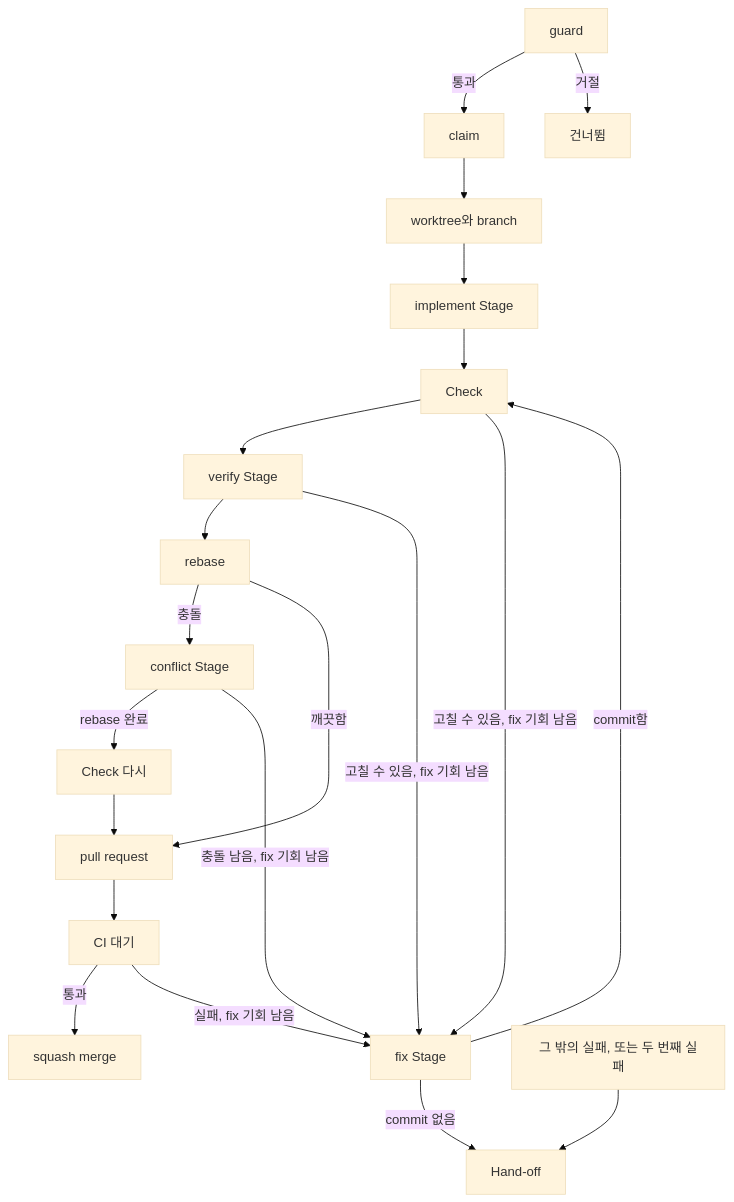
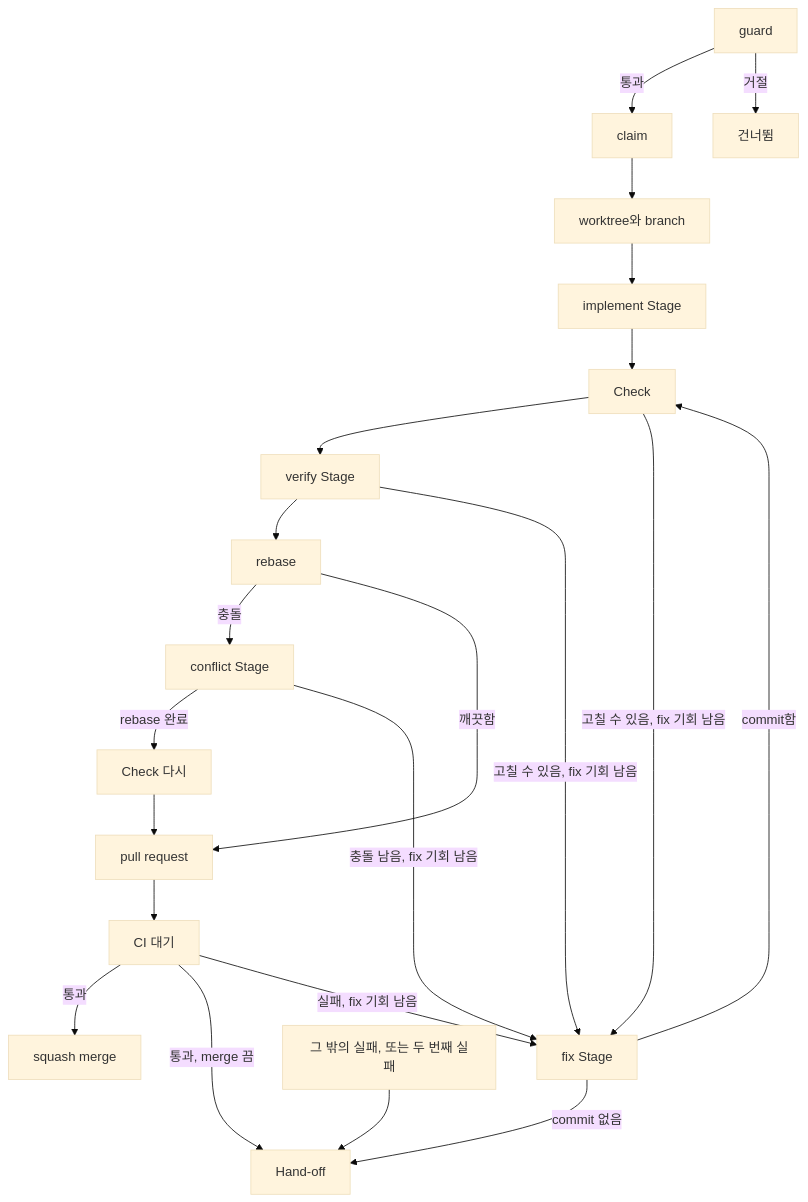
Before and after one commit to jjongs2/ticket-runner: the first of 2 diagrams in wiki/ko/guide/ticket-to-merge.md, drawn with Mermaid (base theme). The commit also changed other lines of this file and 26 other files, not shown here.

````diff
--- a/wiki/ko/guide/ticket-to-merge.md
+++ b/wiki/ko/guide/ticket-to-merge.md
@@ -23,23 +23,24 @@
 ```mermaid
 flowchart TD
     G["guard"] -->|통과| C["claim"]
     G -->|거절| S["건너뜀"]
     C --> W["worktree와 branch"]
     W --> I["implement Stage"]
     I --> K["Check"]
     K --> V["verify Stage"]
     V --> R["rebase"]
     R -->|충돌| X["conflict Stage"]
     X -->|rebase 완료| K2["Check 다시"]
     R -->|깨끗함| P["pull request"]
     K2 --> P
     P --> CI["CI 대기"]
     CI -->|통과| M["squash merge"]
+    CI -->|"통과, merge 끔"| H
     K -->|"고칠 수 있음, fix 기회 남음"| F["fix Stage"]
     V -->|"고칠 수 있음, fix 기회 남음"| F
     X -->|"충돌 남음, fix 기회 남음"| F
     CI -->|"실패, fix 기회 남음"| F
     F -->|commit함| K
     F -->|commit 없음| H["Hand-off"]
     O["그 밖의 실패, 또는 두 번째 실패"] --> H
 ```
````
